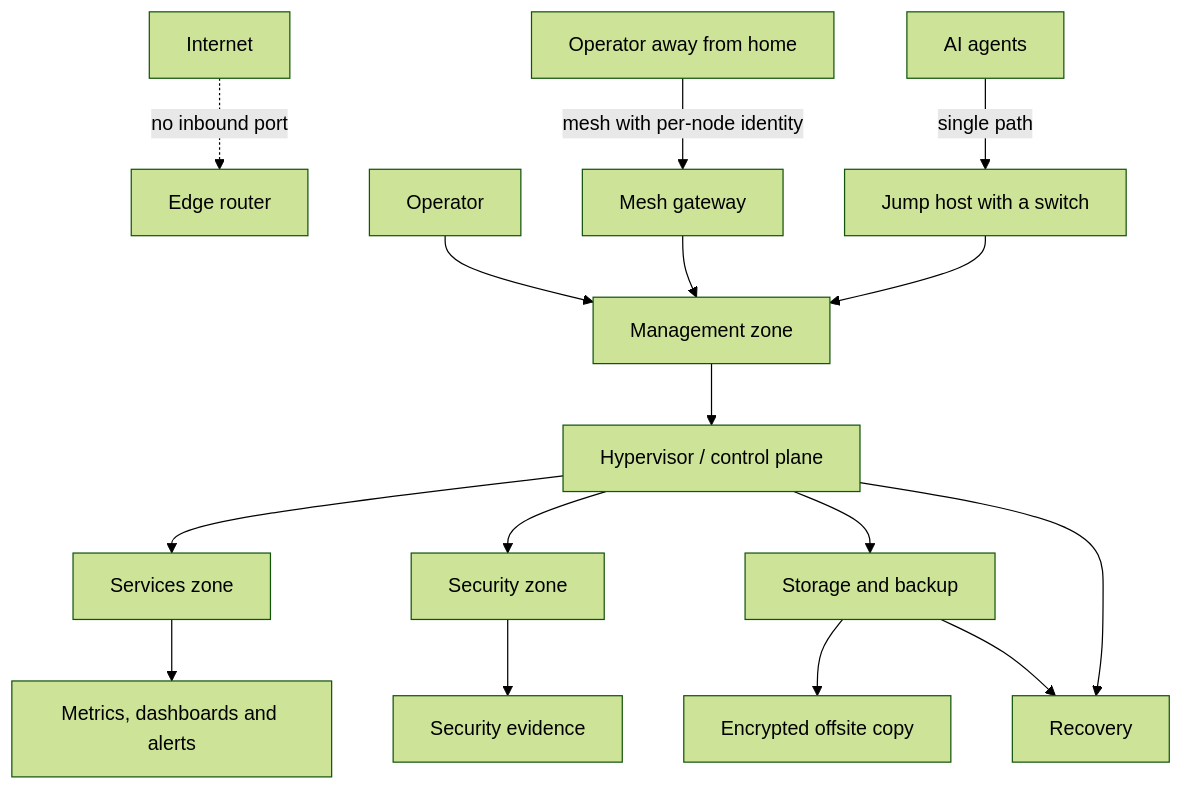
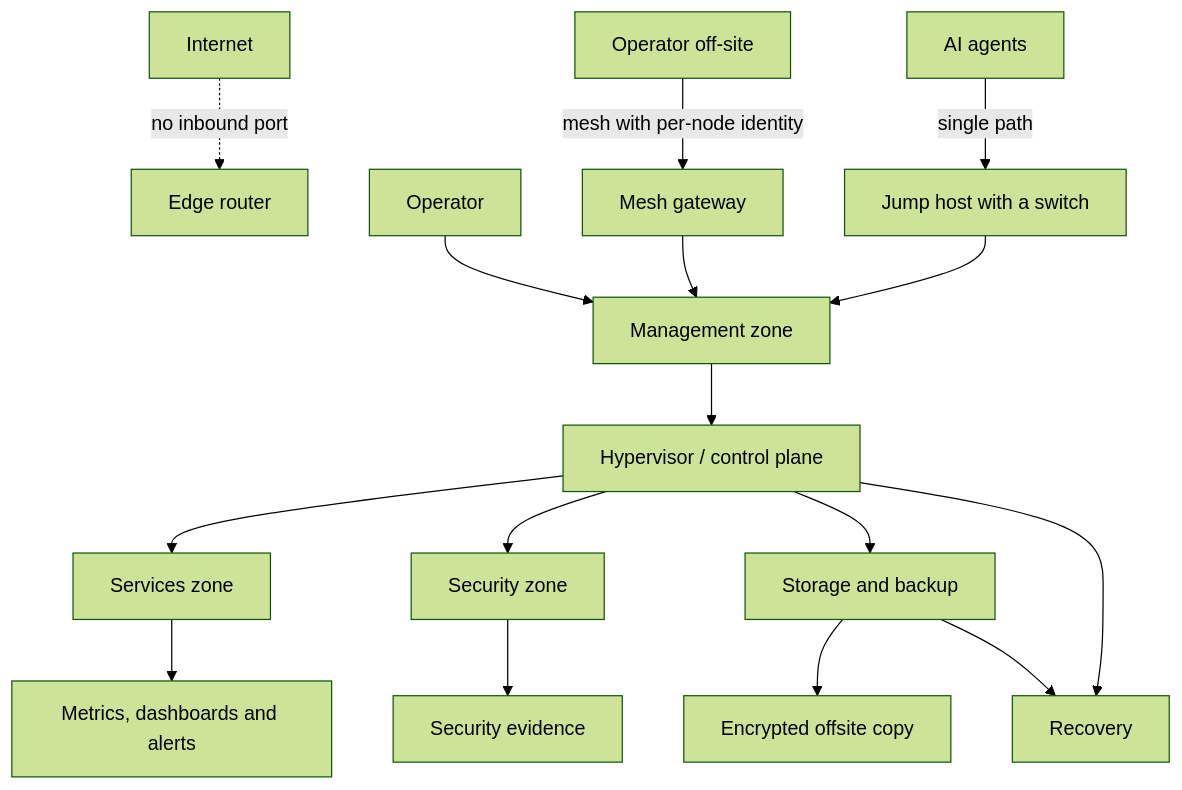
The diagram in docs/en/00-executive-architecture.md (Nicolasperaltait/homelab), drawn with Mermaid (forest theme) before and after one commit. The commit also changed 32 other files, not shown here.

````diff
--- a/docs/en/00-executive-architecture.md
+++ b/docs/en/00-executive-architecture.md
@@ -30,20 +30,20 @@
 ```mermaid
 flowchart TB
     Internet[Internet] -.->|no inbound port| Edge[Edge router]
     Operator[Operator] --> Mgmt[Management zone]
-    Remote[Operator away from home] -->|mesh with per-node identity| Gw[Mesh gateway]
+    Remote[Operator off-site] -->|mesh with per-node identity| Gw[Mesh gateway]
     Gw --> Mgmt
     Agent[AI agents] -->|single path| Jump[Jump host with a switch]
     Jump --> Mgmt
 
     Mgmt --> HV[Hypervisor / control plane]
     HV --> Services[Services zone]
     HV --> Security[Security zone]
     HV --> Storage[Storage and backup]
     HV --> DR[Recovery]
 
     Services --> Obs[Metrics, dashboards and alerts]
     Security --> Evidence[Security evidence]
     Storage --> Offsite[Encrypted offsite copy]
     Storage --> DR
 ```
````
